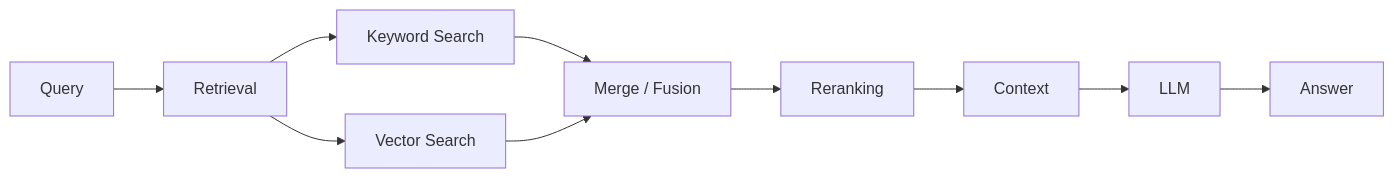
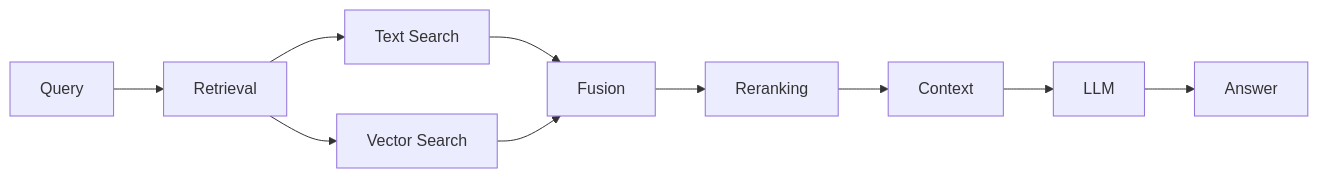
Before and after one commit to Rogerio5/INNA-AI-Engineering-Portfolio: the fifth of 26 diagrams in README.md, drawn with Mermaid. The commit also changed other lines of this file, not shown here.

````diff
--- a/README.md
+++ b/README.md
@@ -234,21 +249,21 @@
 ```mermaid
 flowchart LR
 
     QUERY[Query]
 
     QUERY --> RETRIEVAL[Retrieval]
 
-    RETRIEVAL --> KEYWORD[Keyword Search]
+    RETRIEVAL --> TEXT[Text Search]
     RETRIEVAL --> VECTOR[Vector Search]
 
-    KEYWORD --> MERGE[Merge / Fusion]
-    VECTOR --> MERGE
+    TEXT --> FUSION[Fusion]
+    VECTOR --> FUSION
 
-    MERGE --> RERANK[Reranking]
+    FUSION --> RERANK[Reranking]
 
     RERANK --> CONTEXT[Context]
 
     CONTEXT --> LLM[LLM]
 
     LLM --> ANSWER[Answer]
 ```
````
